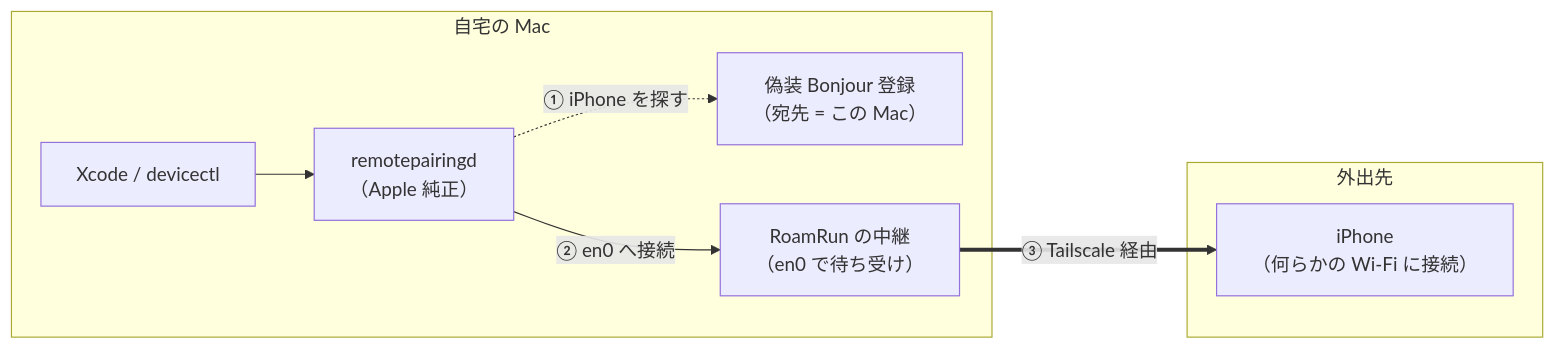
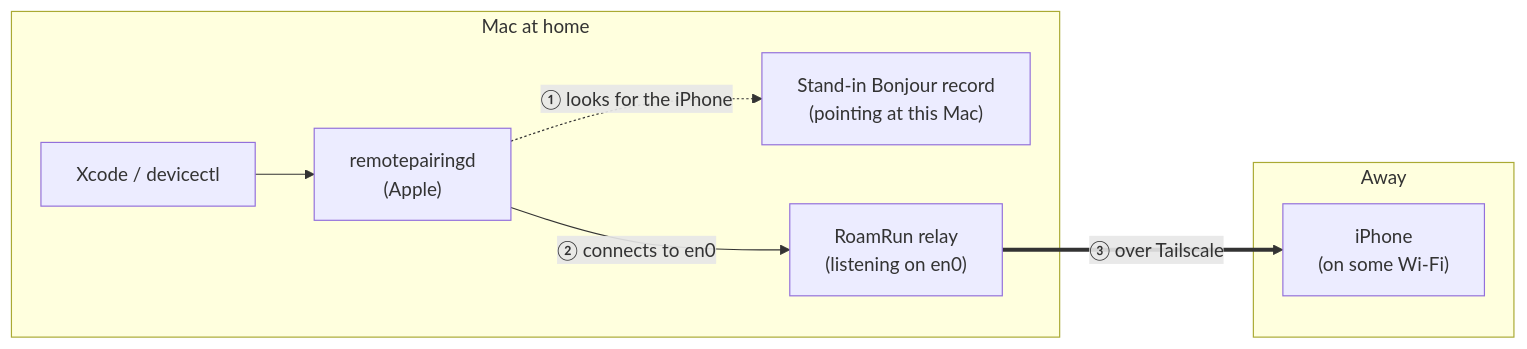
One commit to mh-mobile/RoamRun changed the first of 2 diagrams in README.md. Above: the diagram before and after it, drawn with Mermaid. The commit also changed other lines of this file and 1 other file, not shown here.

````diff
--- a/README.md
+++ b/README.md
@@ -21,14 +23,14 @@
 ```mermaid
 flowchart LR
-  subgraph mac["自宅の Mac"]
-    xcode["Xcode / devicectl"] --> rpd["remotepairingd<br/>（Apple 純正）"]
-    fake["偽装 Bonjour 登録<br/>（宛先 = この Mac）"]
-    relay["RoamRun の中継<br/>（en0 で待ち受け）"]
+  subgraph mac["Mac at home"]
+    xcode["Xcode / devicectl"] --> rpd["remotepairingd<br/>(Apple)"]
+    fake["Stand-in Bonjour record<br/>(pointing at this Mac)"]
+    relay["RoamRun relay<br/>(listening on en0)"]
   end
-  subgraph away["外出先"]
-    iphone["iPhone<br/>（何らかの Wi-Fi に接続）"]
+  subgraph away["Away"]
+    iphone["iPhone<br/>(on some Wi-Fi)"]
   end
-  rpd -. "① iPhone を探す" .-> fake
-  rpd -- "② en0 へ接続" --> relay
-  relay == "③ Tailscale 経由" ==> iphone
+  rpd -. "① looks for the iPhone" .-> fake
+  rpd -- "② connects to en0" --> relay
+  relay == "③ over Tailscale" ==> iphone
 ```
````
